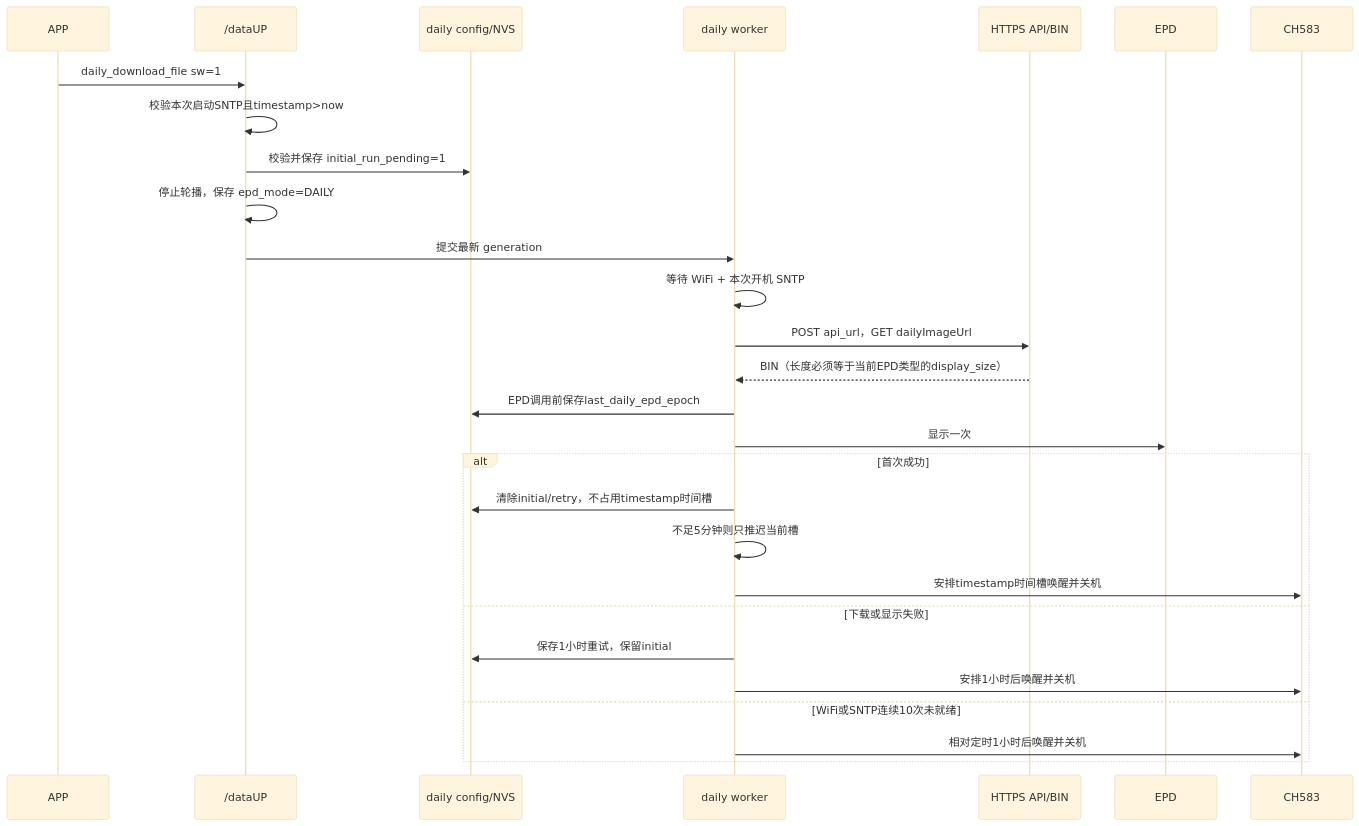
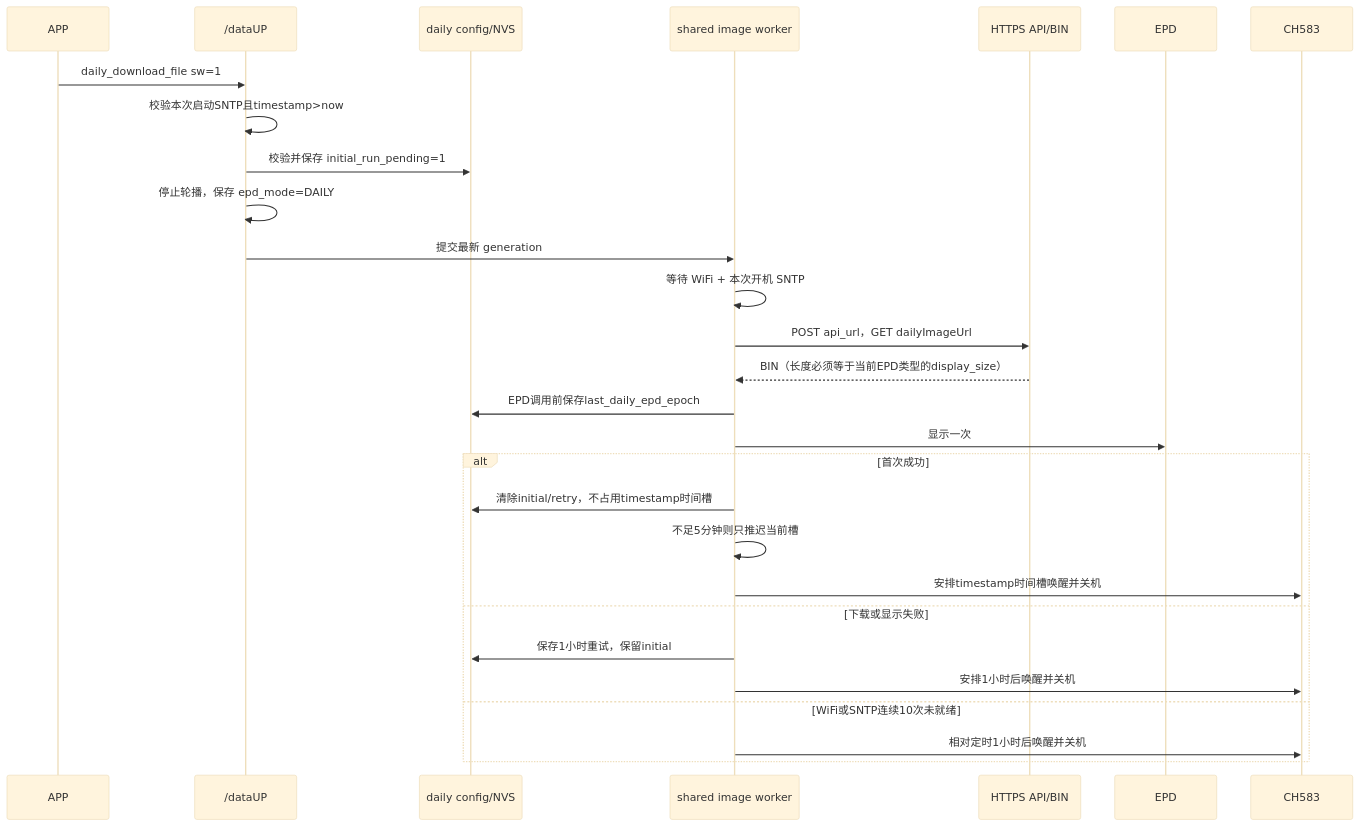
Diagram 19 of 25 in README_Fun.md (tdxguiping/ESP32_S3_epaper), drawn with Mermaid (base theme) before and after one commit. The commit also changed other lines of this file and 60 other files, not shown here.

````diff
--- a/README_Fun.md
+++ b/README_Fun.md
@@ -2108,30 +2278,30 @@
 ```mermaid
 sequenceDiagram
     participant APP
     participant HTTP as /dataUP
     participant CFG as daily config/NVS
-    participant WORK as daily worker
+    participant WORK as shared image worker
     participant API as HTTPS API/BIN
     participant EPD
     participant CH as CH583
     APP->>HTTP: daily_download_file sw=1
     HTTP->>HTTP: 校验本次启动SNTP且timestamp>now
     HTTP->>CFG: 校验并保存 initial_run_pending=1
     HTTP->>HTTP: 停止轮播，保存 epd_mode=DAILY
     HTTP->>WORK: 提交最新 generation
     WORK->>WORK: 等待 WiFi + 本次开机 SNTP
     WORK->>API: POST api_url，GET dailyImageUrl
     API-->>WORK: BIN（长度必须等于当前EPD类型的display_size）
     WORK->>CFG: EPD调用前保存last_daily_epd_epoch
     WORK->>EPD: 显示一次
     alt 首次成功
         WORK->>CFG: 清除initial/retry，不占用timestamp时间槽
         WORK->>WORK: 不足5分钟则只推迟当前槽
         WORK->>CH: 安排timestamp时间槽唤醒并关机
     else 下载或显示失败
         WORK->>CFG: 保存1小时重试，保留initial
         WORK->>CH: 安排1小时后唤醒并关机
     else WiFi或SNTP连续10次未就绪
         WORK->>CH: 相对定时1小时后唤醒并关机
     end
 ```
````
